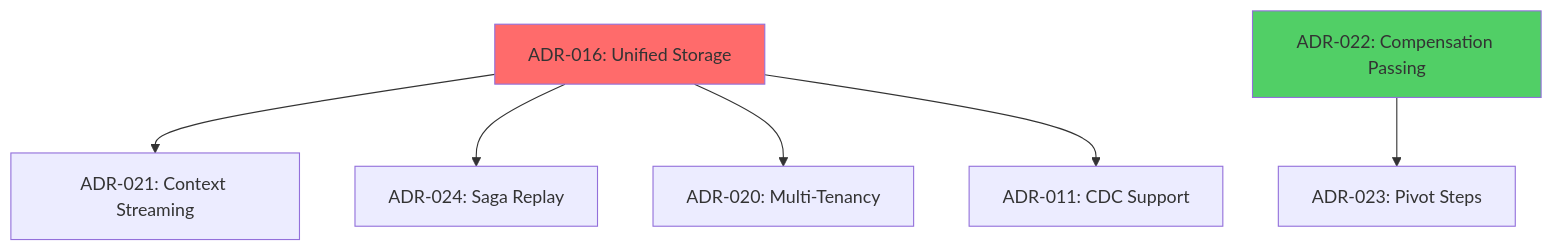
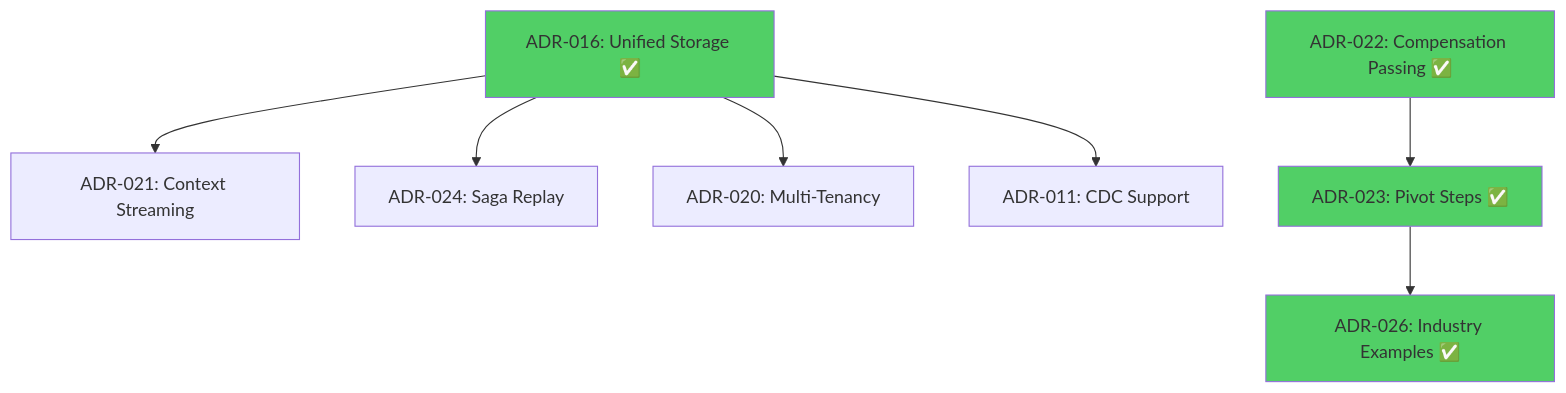
One commit to brunolnetto/sagaz changed the first of 2 diagrams in docs/architecture/adr-roadmap-dependencies.md. Above: the diagram before and after it, drawn with Mermaid. The commit also changed other lines of this file and 202 other files, not shown here.

Commit message:
feat(sagaz): More examples, pivot feature and tests

````diff
--- a/docs/architecture/adr-roadmap-dependencies.md
+++ b/docs/architecture/adr-roadmap-dependencies.md
@@ -34,12 +37,15 @@
 ```mermaid
 graph TD
-    ADR016[ADR-016: Unified Storage] --> ADR021[ADR-021: Context Streaming]
+    ADR016[ADR-016: Unified Storage ✅] --> ADR021[ADR-021: Context Streaming]
     ADR016 --> ADR024[ADR-024: Saga Replay]
     ADR016 --> ADR020[ADR-020: Multi-Tenancy]
     ADR016 --> ADR011[ADR-011: CDC Support]
     
-    ADR022[ADR-022: Compensation Passing] --> ADR023[ADR-023: Pivot Steps]
+    ADR022[ADR-022: Compensation Passing ✅] --> ADR023[ADR-023: Pivot Steps ✅]
+    ADR023 --> ADR026[ADR-026: Industry Examples ✅]
     
-    style ADR016 fill:#ff6b6b
+    style ADR016 fill:#51cf66
     style ADR022 fill:#51cf66
+    style ADR023 fill:#51cf66
+    style ADR026 fill:#51cf66
 ```
````
